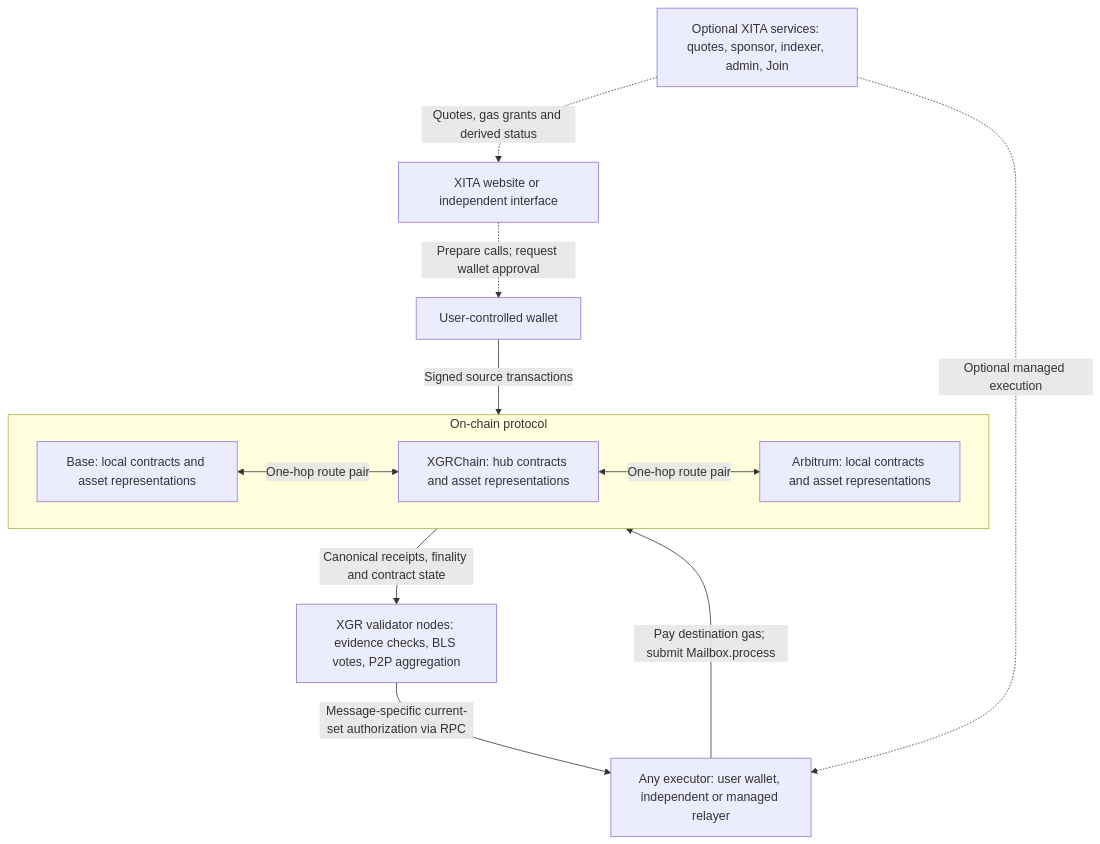
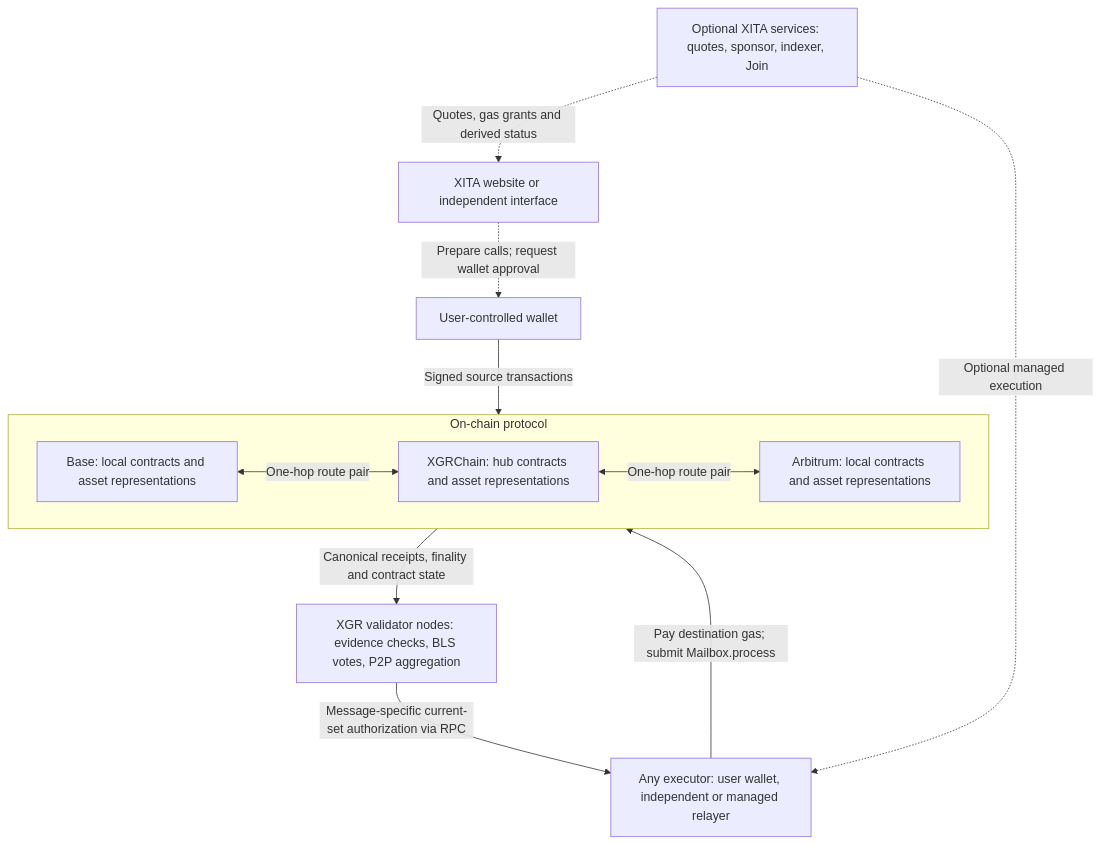
The first of 4 diagrams in docs/interchain/XGR_INTERCHAIN_Context_and_Contracts.md (xgr-network/XGR), drawn with Mermaid before and after one commit. The commit also changed other lines of this file and 6 other files, not shown here.

````diff
--- a/docs/interchain/XGR_INTERCHAIN_Context_and_Contracts.md
+++ b/docs/interchain/XGR_INTERCHAIN_Context_and_Contracts.md
@@ -11,22 +11,22 @@
 ```mermaid
 flowchart TD
   W["User-controlled wallet"]
   UI["XITA website or independent interface"]
-  O["Optional XITA services: quotes, sponsor, indexer, admin, Join"]
+  O["Optional XITA services: quotes, sponsor, indexer, Join"]
   subgraph Networks["On-chain protocol"]
     B["Base: local contracts and asset representations"]
     H["XGRChain: hub contracts and asset representations"]
     A["Arbitrum: local contracts and asset representations"]
   end
   V["XGR validator nodes: evidence checks, BLS votes, P2P aggregation"]
   E["Any executor: user wallet, independent or managed relayer"]
   UI -.->|"Prepare calls; request wallet approval"| W
   O -.->|"Quotes, gas grants and derived status"| UI
   W -->|"Signed source transactions"| Networks
   B <-->|"One-hop route pair"| H
   H <-->|"One-hop route pair"| A
   Networks -->|"Canonical receipts, finality and contract state"| V
   V -->|"Message-specific current-set authorization via RPC"| E
   E -->|"Pay destination gas; submit Mailbox.process"| Networks
   O -.->|"Optional managed execution"| E
 ```
````
